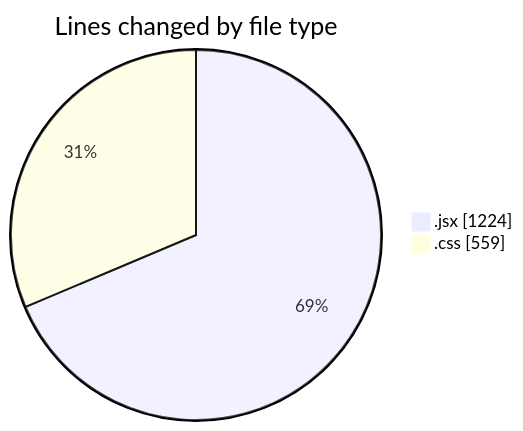
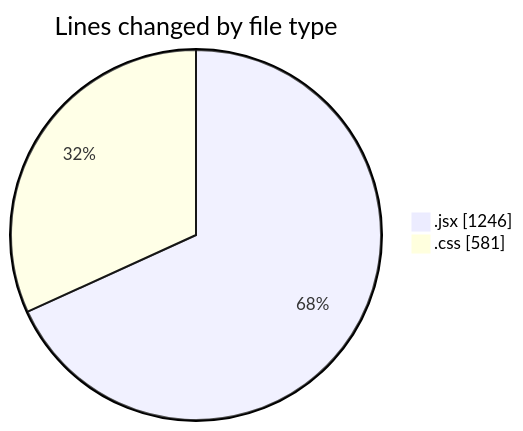
Before and after one commit to BS-eng2023/code-tracking: the first of 2 diagrams in 2025-05-08/react/README.md, drawn with Mermaid. The commit also changed other lines of this file and 1 other file, not shown here.

````diff
--- a/2025-05-08/react/README.md
+++ b/2025-05-08/react/README.md
@@ -31,6 +31,6 @@
 ```mermaid
 pie showData
 title Lines changed by file type
-".jsx" : 1224
-".css" : 559
+".jsx" : 1246
+".css" : 581
 ```
````
